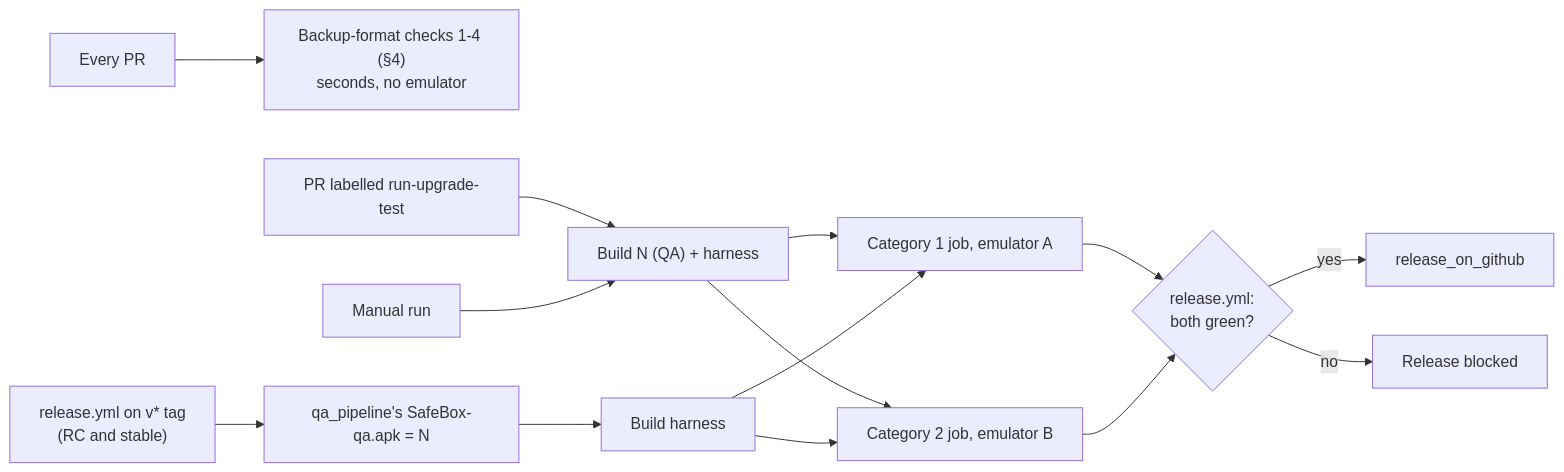
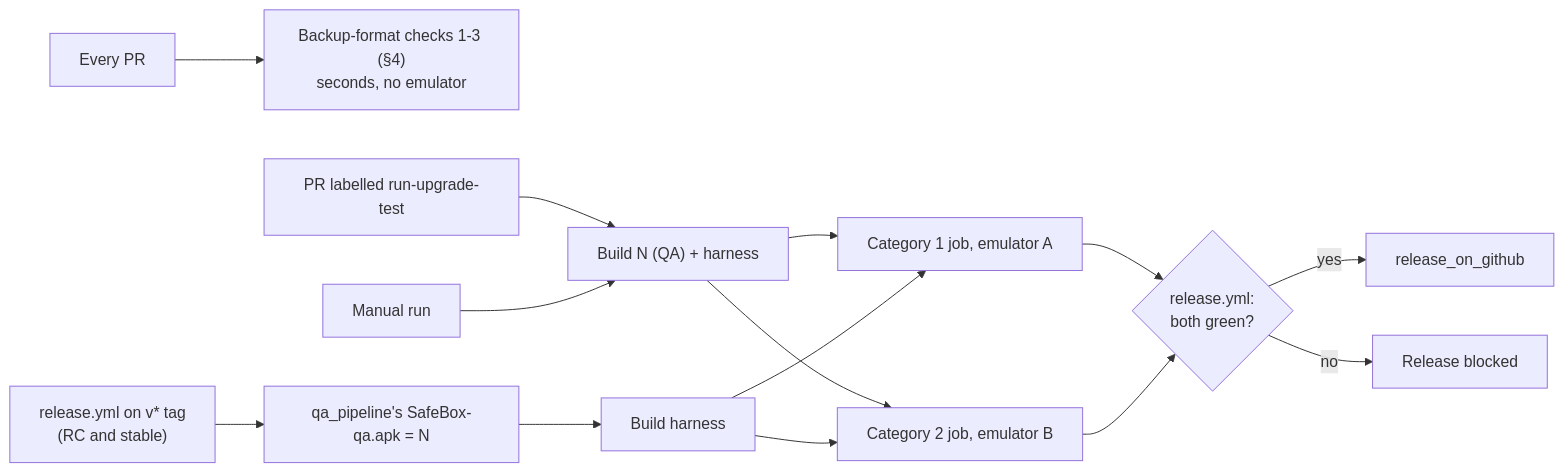
Before and after one commit to Ni3verma/Safe-Box: the first of 4 diagrams in docs/testing/upgrade-testing.md, drawn with Mermaid. The commit also changed other lines of this file and 2 other files, not shown here.

First line of the commit message:
Map v2.1.4.0 to format-2.bak as N-1, and curate the design doc for merge

````diff
--- a/docs/testing/upgrade-testing.md
+++ b/docs/testing/upgrade-testing.md
@@ -41,16 +41,16 @@
 ```mermaid
 flowchart LR
-    PR["Every PR"] --> CHK["Backup-format checks 1-4 (§4)<br/>seconds, no emulator"]
+    PR["Every PR"] --> CHK["Backup-format checks 1-3 (§4)<br/>seconds, no emulator"]
     LBL["PR labelled run-upgrade-test"] --> B["Build N (QA) + harness"]
     MAN["Manual run"] --> B
     REL["release.yml on v* tag<br/>(RC and stable)"] --> QA["qa_pipeline's SafeBox-qa.apk = N"]
     QA --> B2["Build harness"]
     B --> C1["Category 1 job, emulator A"]
     B --> C2["Category 2 job, emulator B"]
     B2 --> C1
     B2 --> C2
     C1 --> G{"release.yml:<br/>both green?"}
     C2 --> G
     G -->|yes| PUB["release_on_github"]
     G -->|no| STOP["Release blocked"]
 ```
````
